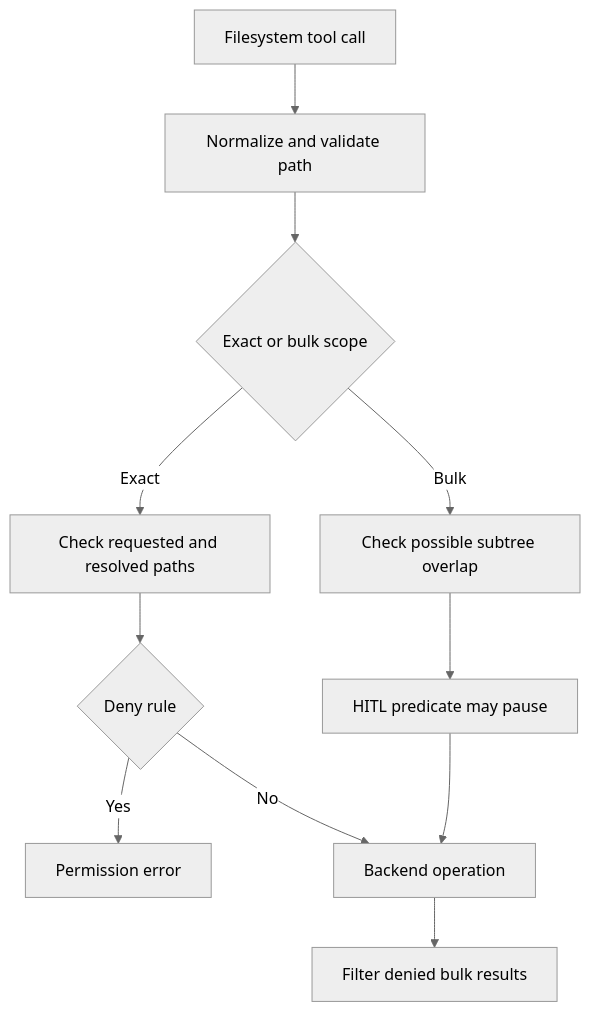
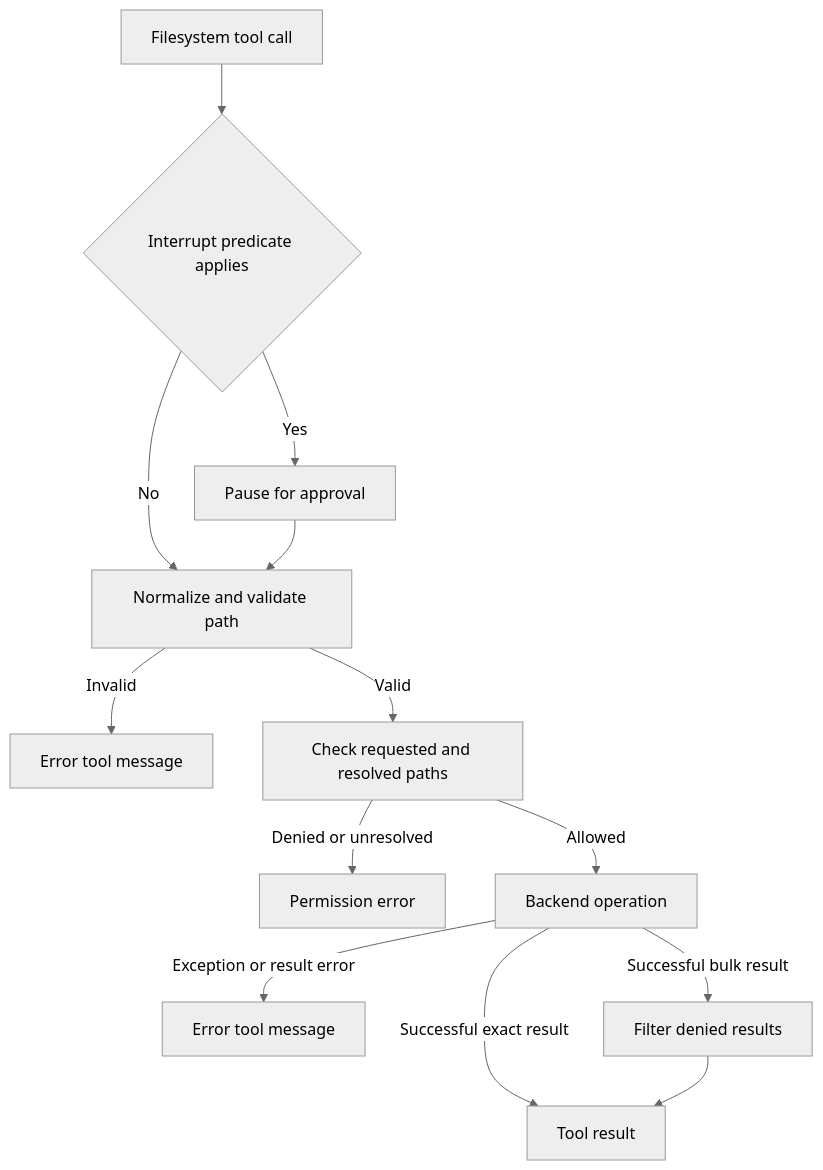
The fourth of 6 diagrams in openwiki/concepts/tools-filesystem.md (langchain-ai/deepagents), drawn with Mermaid (neutral theme) before and after one commit. The commit also changed other lines of this file and 38 other files, not shown here.

````diff
--- a/openwiki/concepts/tools-filesystem.md
+++ b/openwiki/concepts/tools-filesystem.md
@@ -139,13 +157,15 @@
 ```mermaid
 flowchart TD
-    Call["Filesystem tool call"] --> Validate["Normalize and validate path"]
-    Validate --> Scope{"Exact or bulk scope"}
-    Scope -->|Exact| Match["Check requested and resolved paths"]
-    Scope -->|Bulk| Overlap["Check possible subtree overlap"]
-    Overlap --> Interrupt["HITL predicate may pause"]
-    Match --> Deny{"Deny rule"}
-    Deny -->|Yes| Refuse["Permission error"]
-    Deny -->|No| Operation["Backend operation"]
-    Interrupt --> Operation
-    Operation --> Filter["Filter denied bulk results"]
+    Call["Filesystem tool call"] --> Hitl{"Interrupt predicate applies"}
+    Hitl -->|Yes| Pause["Pause for approval"]
+    Hitl -->|No| Validate["Normalize and validate path"]
+    Pause --> Validate
+    Validate -->|Invalid| Invalid["Error tool message"]
+    Validate -->|Valid| Check["Check requested and resolved paths"]
+    Check -->|Denied or unresolved| Refuse["Permission error"]
+    Check -->|Allowed| Backend["Backend operation"]
+    Backend -->|Exception or result error| Failure["Error tool message"]
+    Backend -->|Successful bulk result| Filter["Filter denied results"]
+    Backend -->|Successful exact result| Result["Tool result"]
+    Filter --> Result
 ```
````
